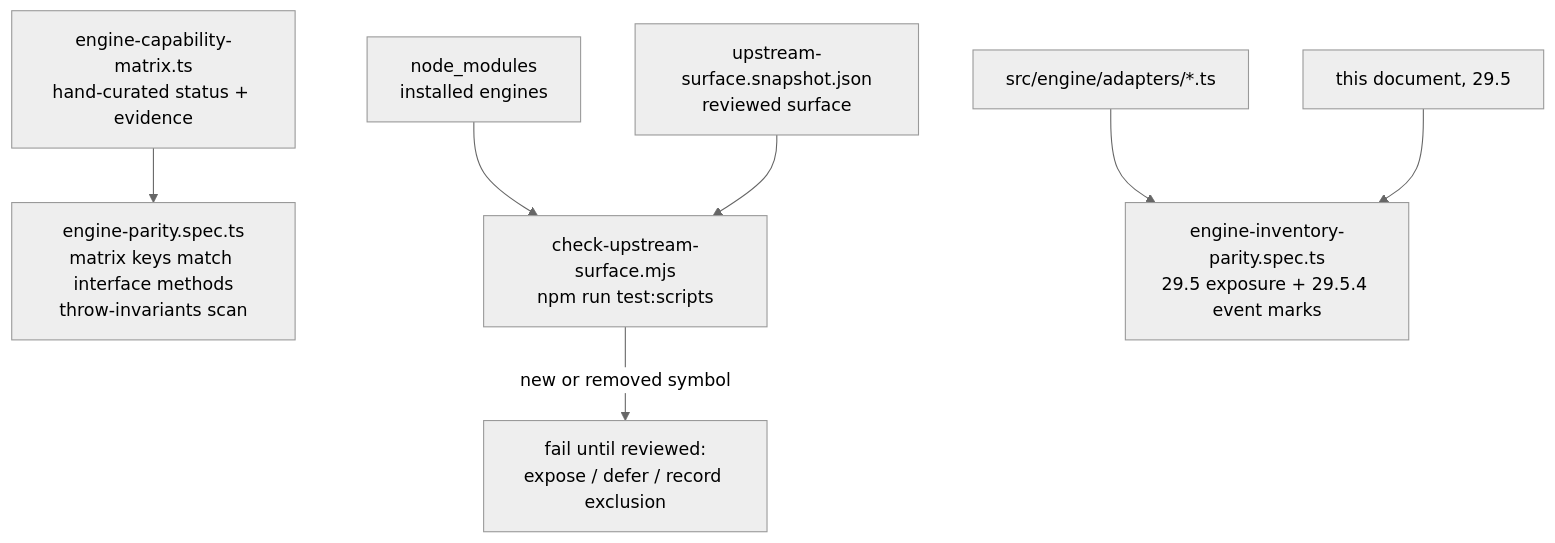
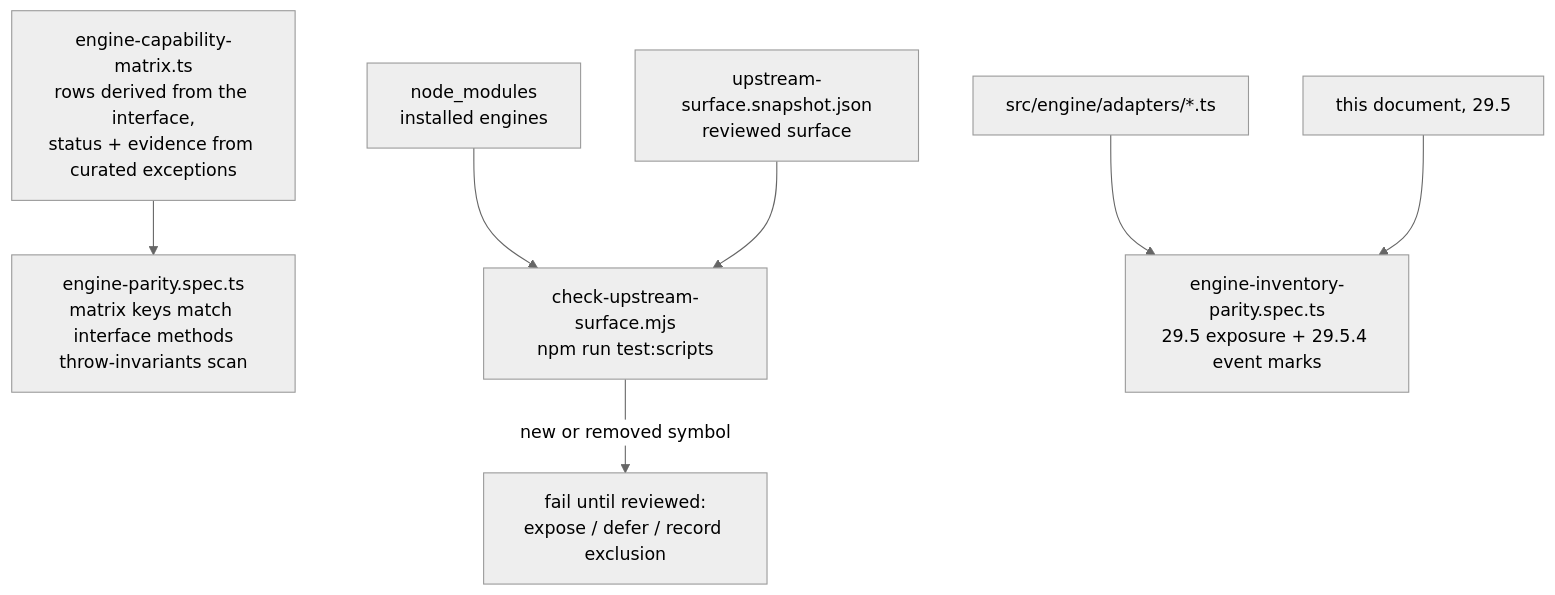
One commit to nourayman21k/OpenWA changed the second of 2 diagrams in docs/29-engine-capability-matrix.md. Above: the diagram before and after it, drawn with Mermaid (neutral theme). The commit also changed 5 other files, not shown here.

````diff
--- a/docs/29-engine-capability-matrix.md
+++ b/docs/29-engine-capability-matrix.md
@@ -88,9 +88,9 @@
 ```mermaid
 flowchart TD
-    M["engine-capability-matrix.ts<br/>hand-curated status + evidence"] --> SPEC["engine-parity.spec.ts<br/>matrix keys match interface methods<br/>throw-invariants scan"]
+    M["engine-capability-matrix.ts<br/>rows derived from the interface,<br/>status + evidence from curated exceptions"] --> SPEC["engine-parity.spec.ts<br/>matrix keys match interface methods<br/>throw-invariants scan"]
     NM["node_modules<br/>installed engines"] --> SURF["check-upstream-surface.mjs<br/>npm run test:scripts"]
     SNAP["upstream-surface.snapshot.json<br/>reviewed surface"] --> SURF
     SURF -->|"new or removed symbol"| FAIL["fail until reviewed:<br/>expose / defer / record exclusion"]
     ADAPT["src/engine/adapters/*.ts"] --> INV["engine-inventory-parity.spec.ts<br/>29.5 exposure + 29.5.4 event marks"]
     DOC["this document, 29.5"] --> INV
 ```
````
